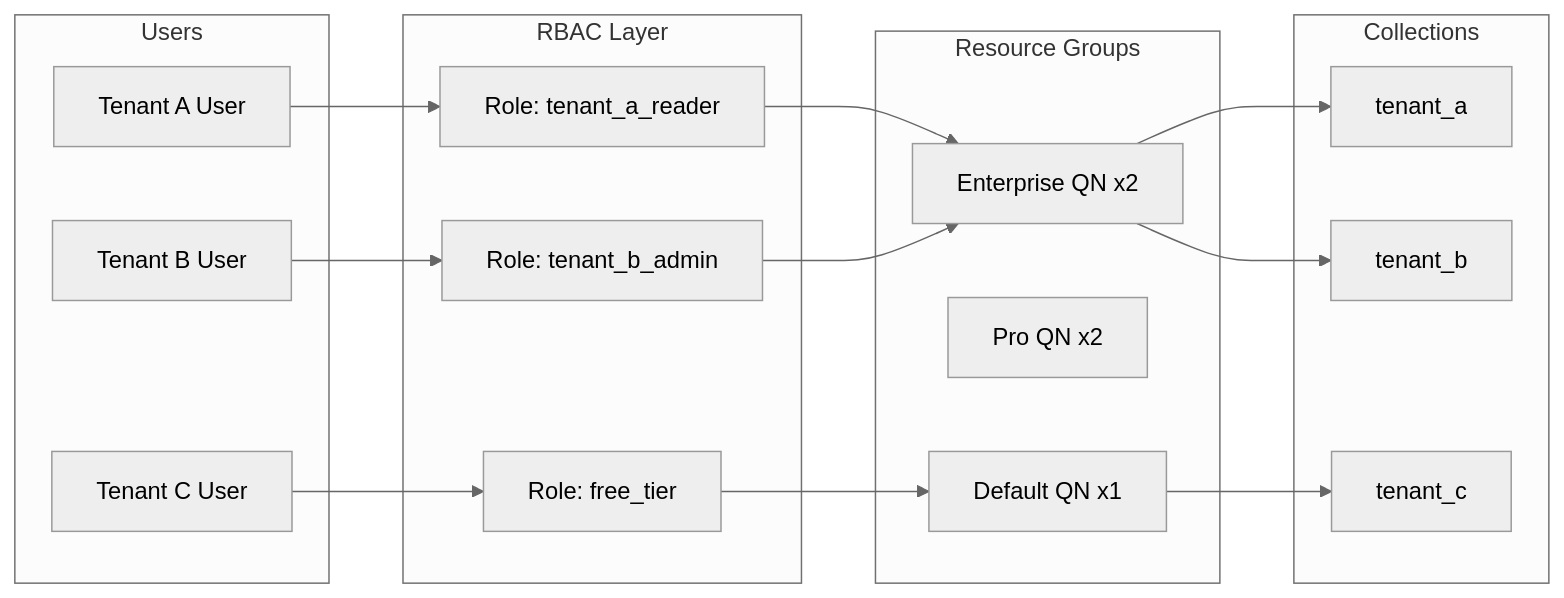
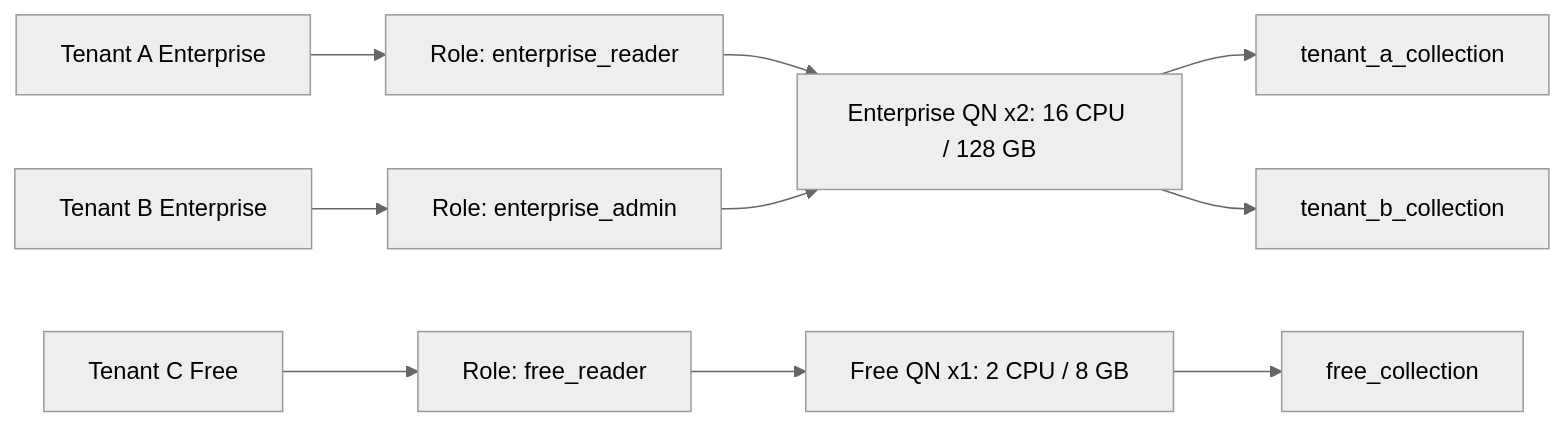
The second of 4 diagrams in SW-ML-AI Engineering/10 - Cloud, Infra y Backend/33 - Vector Databases and Semantic Search/08 - Milvus II - Kubernetes and Multi-tenancy.md (Leito2/Learning), drawn with Mermaid (neutral theme) before and after one commit. The commit also changed other lines of this file and 123 other files, not shown here.

````diff
--- a/SW-ML-AI Engineering/10 - Cloud, Infra y Backend/33 - Vector Databases and Semantic Search/08 - Milvus II - Kubernetes and Multi-tenancy.md
+++ b/SW-ML-AI Engineering/10 - Cloud, Infra y Backend/33 - Vector Databases and Semantic Search/08 - Milvus II - Kubernetes and Multi-tenancy.md
@@ -249,26 +168,11 @@
 ```mermaid
 flowchart LR
-    subgraph Users["Users"]
-        U1[Tenant A User]
-        U2[Tenant B User]
-        U3[Tenant C User]
-    end
-    subgraph RBAC["RBAC Layer"]
-        R1[Role: tenant_a_reader]
-        R2[Role: tenant_b_admin]
-        R3[Role: free_tier]
-    end
-    subgraph RG["Resource Groups"]
-        G1[Enterprise QN x2]
-        G2[Pro QN x2]
-        G3[Default QN x1]
-    end
-    subgraph Data["Collections"]
-        C1[tenant_a]
-        C2[tenant_b]
-        C3[tenant_c]
-    end
-    U1 --> R1 --> G1 --> C1
-    U2 --> R2 --> G1 --> C2
-    U3 --> R3 --> G3 --> C3
+    U1[Tenant A Enterprise] --> R1[Role: enterprise_reader]
+    U2[Tenant B Enterprise] --> R2[Role: enterprise_admin]
+    U3[Tenant C Free] --> R3[Role: free_reader]
+    R1 --> G1[Enterprise QN x2: 16 CPU / 128 GB]
+    R2 --> G1
+    R3 --> G3[Free QN x1: 2 CPU / 8 GB]
+    G1 --> C1[tenant_a_collection] & C2[tenant_b_collection]
+    G3 --> C3[free_collection]
 ```
````
